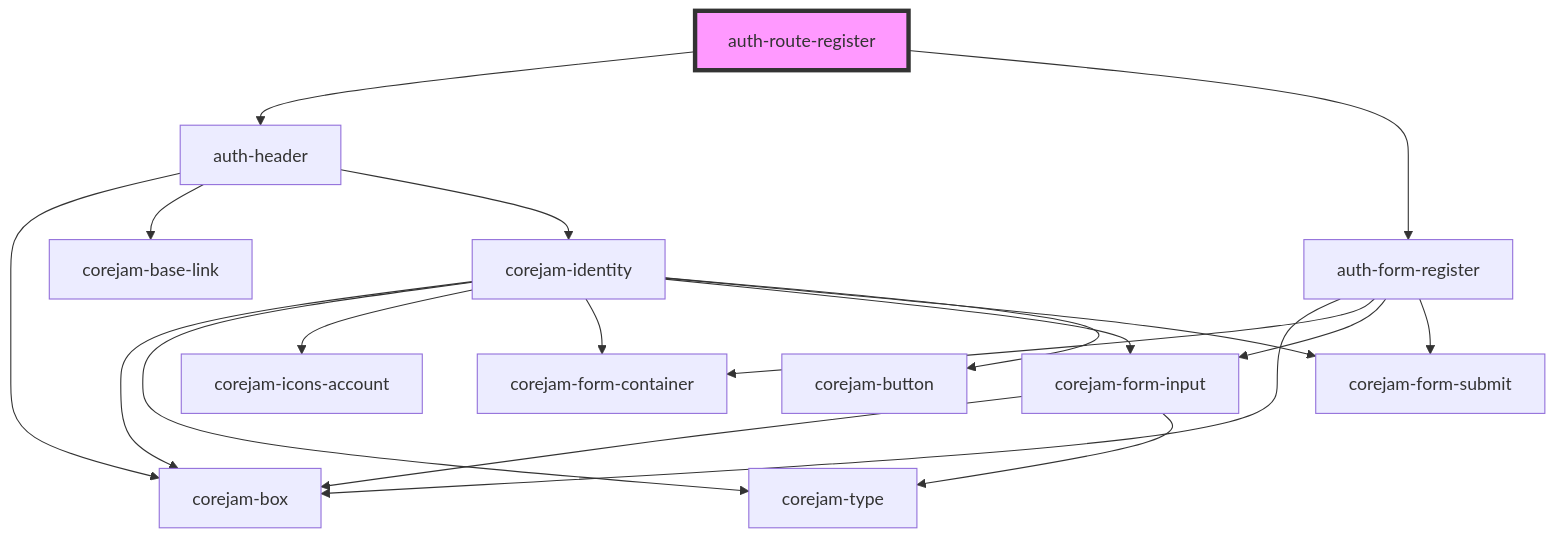
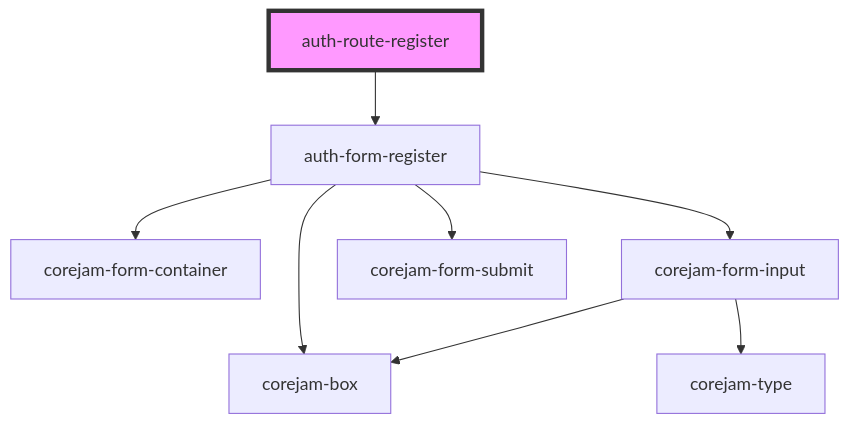
The diagram in packages/auth/app/routes/readme.md (corejam/corejam), drawn with Mermaid before and after one commit. The commit also changed other lines of this file and 43 other files, not shown here.

````diff
--- a/packages/auth/app/routes/readme.md
+++ b/packages/auth/app/routes/readme.md
@@ -14,22 +13,11 @@
 ```mermaid
 graph TD;
-  auth-route-register --> auth-header
   auth-route-register --> auth-form-register
-  auth-header --> corejam-box
-  auth-header --> corejam-base-link
-  auth-header --> corejam-identity
-  corejam-identity --> corejam-box
-  corejam-identity --> corejam-type
-  corejam-identity --> corejam-icons-account
-  corejam-identity --> corejam-form-container
-  corejam-identity --> corejam-form-input
-  corejam-identity --> corejam-form-submit
-  corejam-identity --> corejam-button
-  corejam-form-input --> corejam-box
-  corejam-form-input --> corejam-type
   auth-form-register --> corejam-box
   auth-form-register --> corejam-form-container
   auth-form-register --> corejam-form-input
   auth-form-register --> corejam-form-submit
+  corejam-form-input --> corejam-box
+  corejam-form-input --> corejam-type
   style auth-route-register fill:#f9f,stroke:#333,stroke-width:4px
 ```
````
